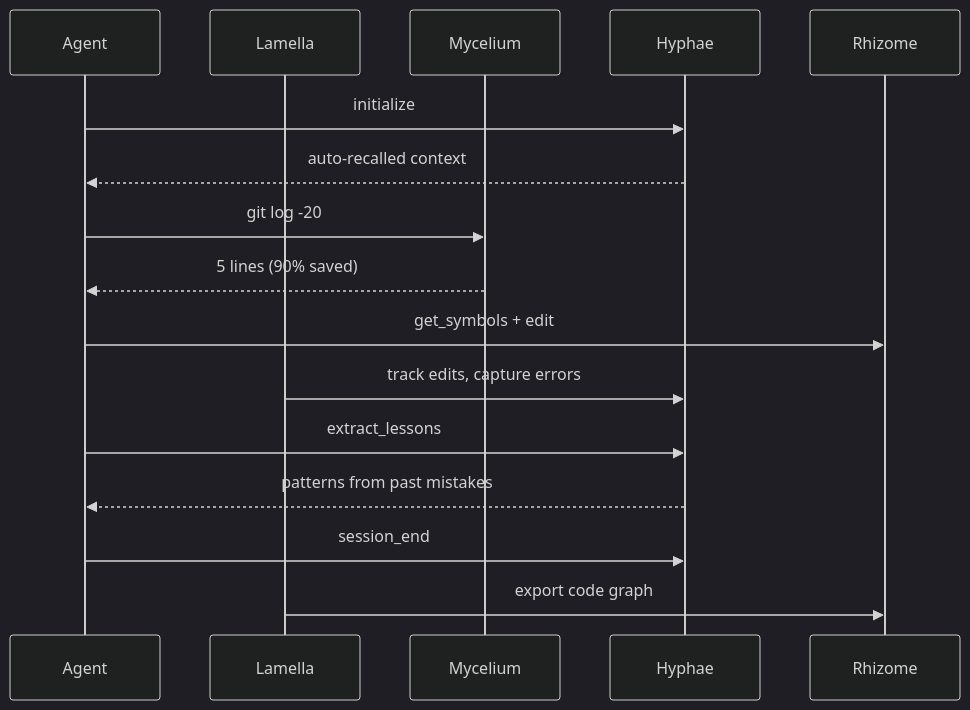
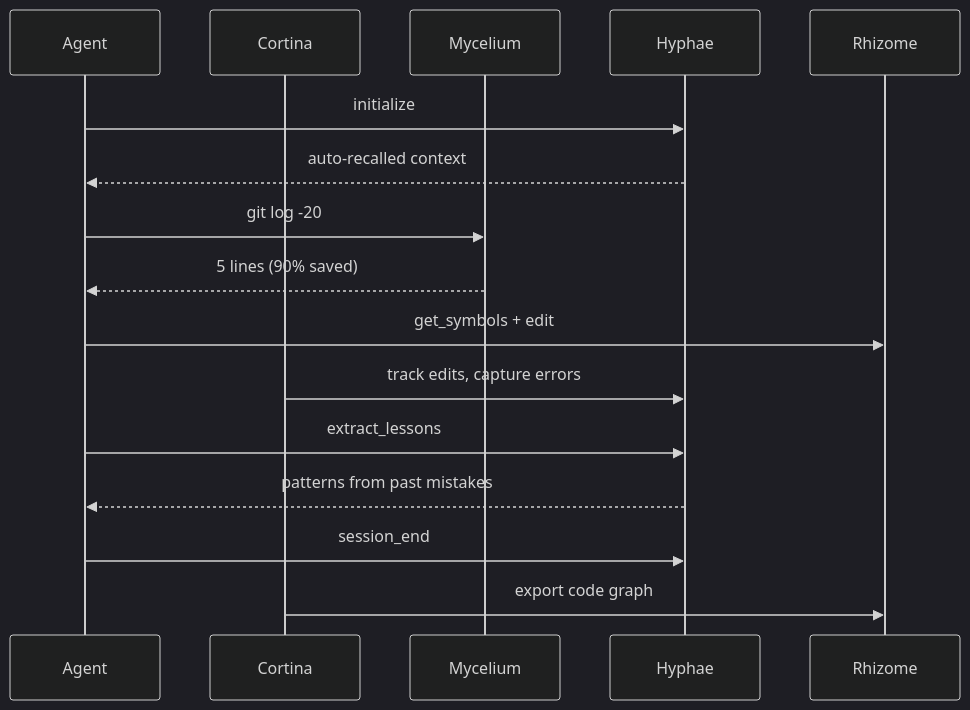
The fourth of 4 diagrams in profile/README.md (basidiocarp/.github), drawn with Mermaid (dark theme) before and after one commit. The commit also changed other lines of this file and 1 other file, not shown here.

First line of the commit message:
docs: add stipe and cortina, update architecture diagrams

````diff
--- a/profile/README.md
+++ b/profile/README.md
@@ -130,19 +136,19 @@
 ```mermaid
 sequenceDiagram
     participant A as Agent
-    participant L as Lamella
+    participant C as Cortina
     participant M as Mycelium
     participant H as Hyphae
     participant R as Rhizome
 
     A->>H: initialize
     H-->>A: auto-recalled context
     A->>M: git log -20
     M-->>A: 5 lines (90% saved)
     A->>R: get_symbols + edit
-    L->>H: track edits, capture errors
+    C->>H: track edits, capture errors
     A->>H: extract_lessons
     H-->>A: patterns from past mistakes
     A->>H: session_end
-    L->>R: export code graph
+    C->>R: export code graph
 ```
````
